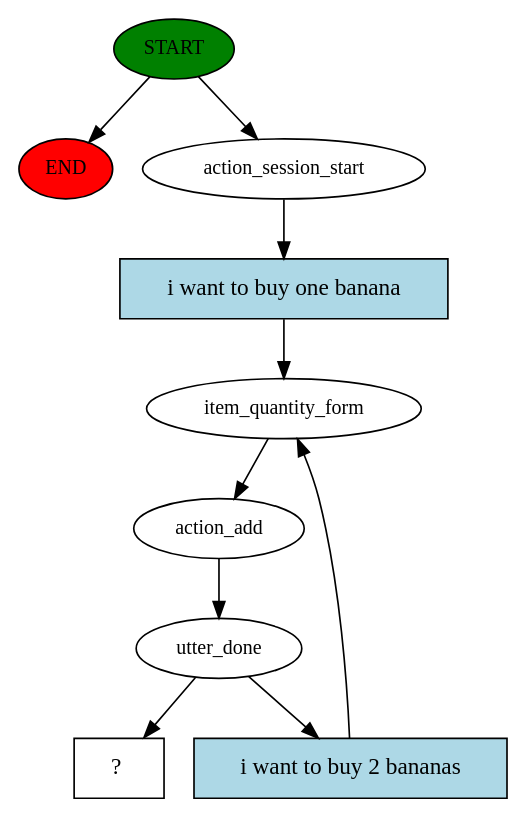
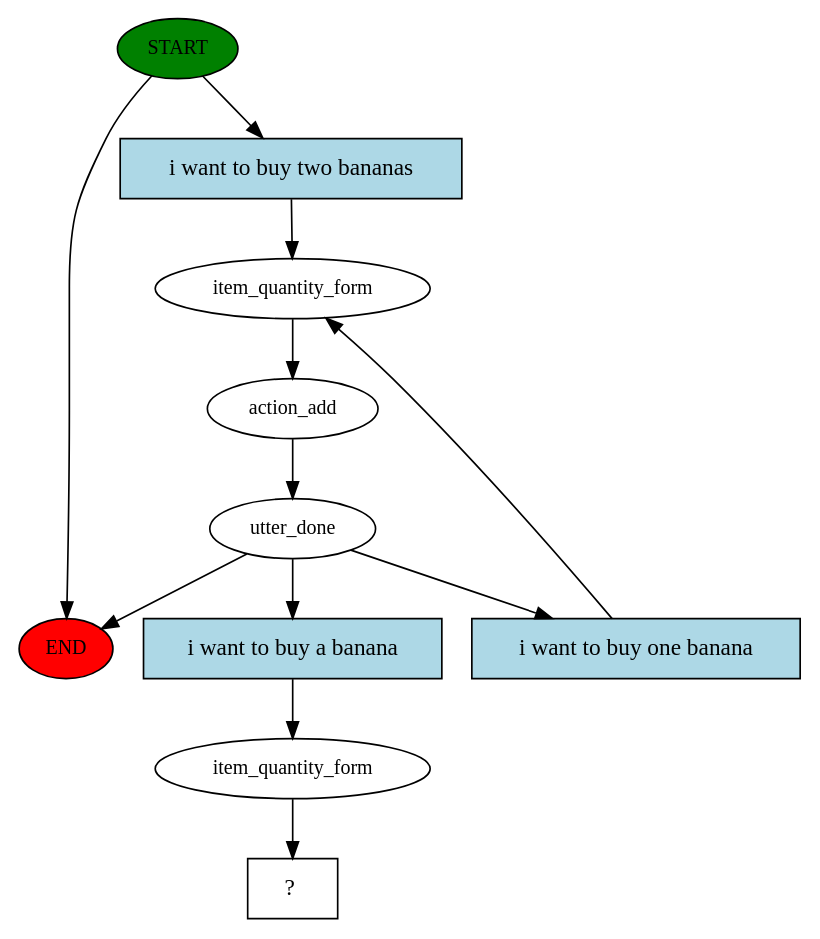
One commit to wwertyexp/CrMidTerm changed the diagram in story_graph.dot. Above: the diagram before and after it, drawn with Graphviz. The commit also changed 1 other file, not shown here.

```diff
--- a/story_graph.dot
+++ b/story_graph.dot
@@ -1,20 +1,23 @@
 digraph  {
 0 [class="start active", fillcolor=green, fontsize=12, label=START, style=filled];
 "-1" [class=end, fillcolor=red, fontsize=12, label=END, style=filled];
-1 [class=active, fontsize=12, label=action_session_start];
-2 [class=active, fontsize=12, label=item_quantity_form];
-3 [class=active, fontsize=12, label=action_add];
-4 [class=active, fontsize=12, label=utter_done];
-8 [class="intent dashed active", label="  ?  ", shape=rect];
-9 [class="intent active", fillcolor=lightblue, label="i want to buy one banana", shape=rect, style=filled];
-10 [class="intent active", fillcolor=lightblue, label="i want to buy 2 bananas", shape=rect, style=filled];
+1 [class=active, fontsize=12, label=item_quantity_form];
+2 [class=active, fontsize=12, label=action_add];
+3 [class=active, fontsize=12, label=utter_done];
+13 [class=active, fontsize=12, label=item_quantity_form];
+14 [class="intent dashed active", label="  ?  ", shape=rect];
+15 [class="intent active", fillcolor=lightblue, label="i want to buy two bananas", shape=rect, style=filled];
+16 [class="intent active", fillcolor=lightblue, label="i want to buy one banana", shape=rect, style=filled];
+17 [class="intent active", fillcolor=lightblue, label="i want to buy a banana", shape=rect, style=filled];
 0 -> "-1"  [class="", key=NONE, label=""];
-0 -> 1  [class=active, key=NONE, label=""];
-1 -> 9  [class=active, key=0];
+0 -> 15  [class=active, key=0];
+1 -> 2  [class=active, key=NONE, label=""];
 2 -> 3  [class=active, key=NONE, label=""];
-3 -> 4  [class=active, key=NONE, label=""];
-4 -> 8  [class=active, key=NONE, label=""];
-4 -> 10  [class=active, key=0];
-9 -> 2  [class=active, key=0];
-10 -> 2  [class=active, key=0];
+3 -> "-1"  [class="", key=NONE, label=""];
+3 -> 16  [class=active, key=0];
+3 -> 17  [class=active, key=0];
+13 -> 14  [class=active, key=NONE, label=""];
+15 -> 1  [class=active, key=0];
+16 -> 1  [class=active, key=0];
+17 -> 13  [class=active, key=0];
 }
```
